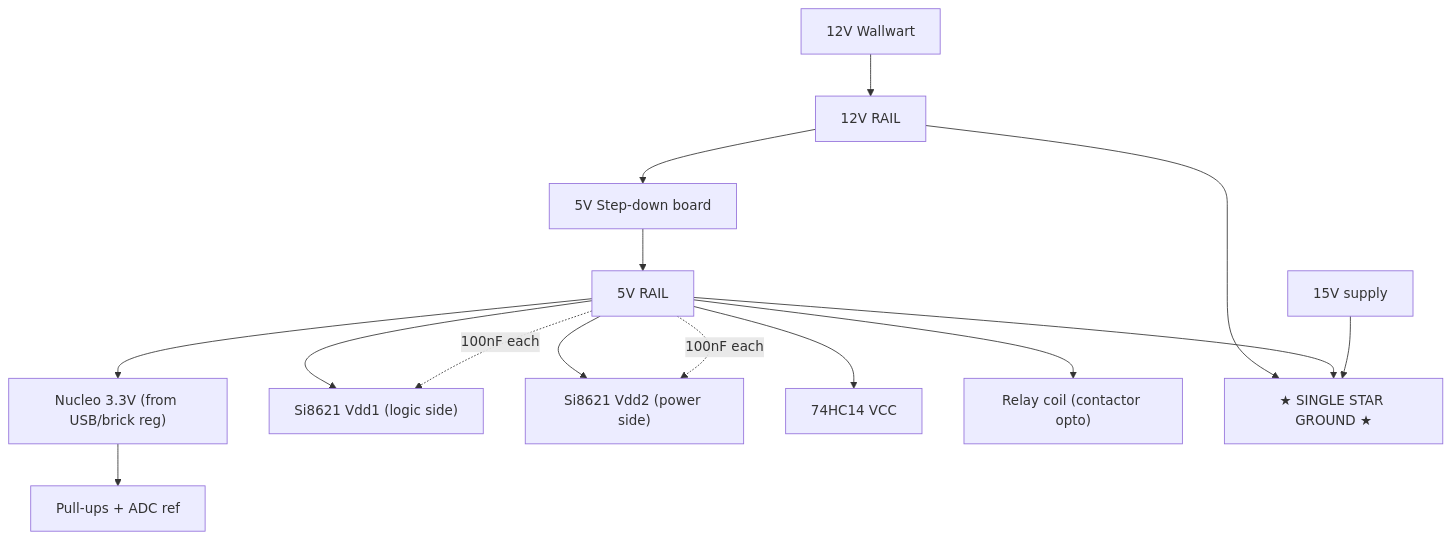
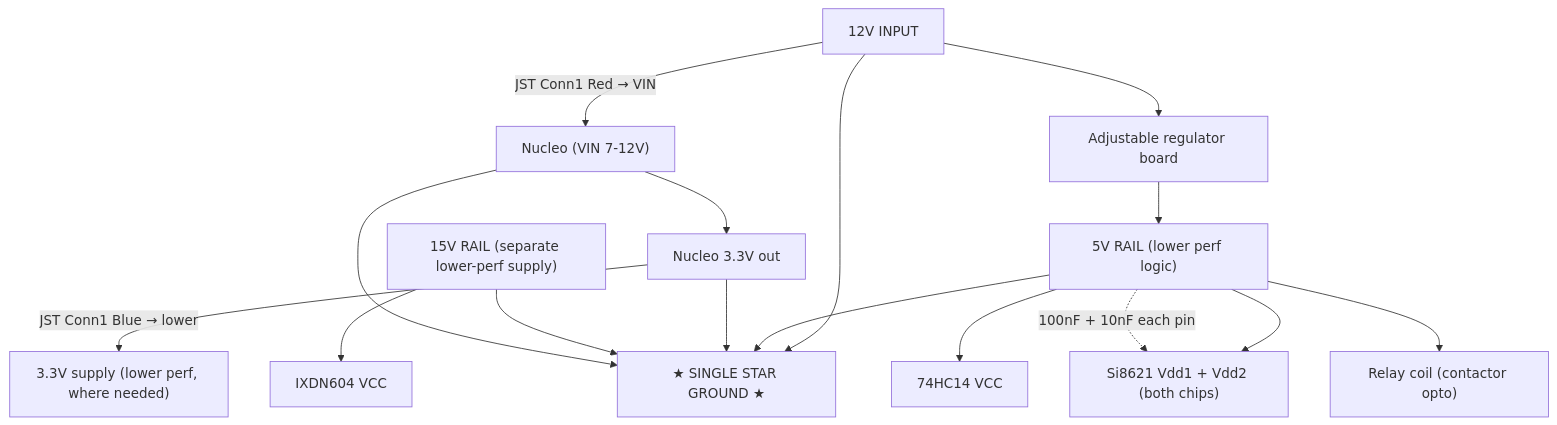
One commit to metanurb21/Nucleo-induction-heater changed the fifth of 7 diagrams in docs/SHIELD_LAYOUT.md. Above: the diagram before and after it, drawn with Mermaid. The commit also changed other lines of this file, not shown here.

Commit message:
Lock in as-built power tree: shared 12V feeds Nucleo VIN + 5V reg, 3.3V back down, single star GND

````diff
--- a/docs/SHIELD_LAYOUT.md
+++ b/docs/SHIELD_LAYOUT.md
@@ -83,20 +85,23 @@
 ```mermaid
 graph TD
-    WALL["12V Wallwart"] --> R12["12V RAIL"]
-    R12 --> STEP["5V Step-down board"]
-    STEP --> R5["5V RAIL"]
-    R5 --> V33["Nucleo 3.3V (from USB/brick reg)"]
+    IN12["12V INPUT"] -->|"JST Conn1 Red → VIN"| NUC["Nucleo (VIN 7-12V)"]
+    IN12 --> REG["Adjustable regulator board"]
+    REG --> R5["5V RAIL (lower perf logic)"]
 
-    R5 --> ISO_VDD1["Si8621 Vdd1 (logic side)"]
-    R5 --> ISO_VDD2["Si8621 Vdd2 (power side)"]
+    NUC --> V33["Nucleo 3.3V out"]
+    V33 -->|"JST Conn1 Blue → lower"| R33["3.3V supply (lower perf, where needed)"]
+
+    R5 --> ISO_VDD["Si8621 Vdd1 + Vdd2 (both chips)"]
     R5 --> HC14V["74HC14 VCC"]
     R5 --> RELAY["Relay coil (contactor opto)"]
-    V33 --> PULLUPS["Pull-ups + ADC ref"]
 
-    R12 --> STAR["★ SINGLE STAR GROUND ★"]
+    HV15["15V RAIL (separate lower-perf supply)"] --> IXDN["IXDN604 VCC"]
+
+    IN12 --> STAR["★ SINGLE STAR GROUND ★"]
     R5 --> STAR
-    HV15["15V supply"] --> STAR
+    V33 --> STAR
+    HV15 --> STAR
+    NUC --> STAR
 
-    R5 -.->|"100nF each"| ISO_VDD2
-    R5 -.->|"100nF each"| ISO_VDD1
+    R5 -.->|"100nF + 10nF each pin"| ISO_VDD
 ```
````
